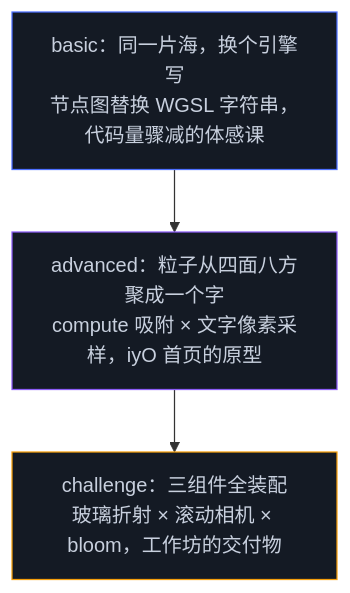
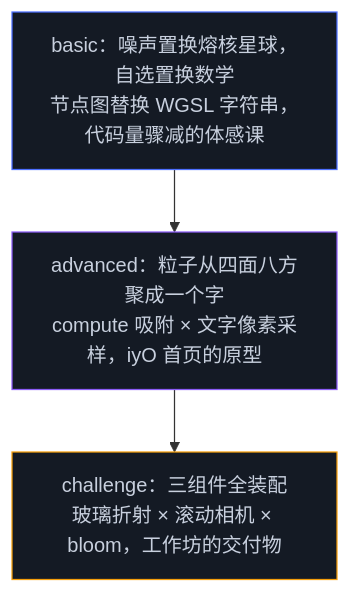
One commit to onlyLucky/LLM_Wiki changed the diagram in learning/前端/webgpu/homework/day3/README.md. Above: the diagram before and after it, drawn with Mermaid. The commit also changed other lines of this file and 141 other files, not shown here.

````diff
--- a/learning/前端/webgpu/homework/day3/README.md
+++ b/learning/前端/webgpu/homework/day3/README.md
@@ -13,10 +13,10 @@
 ```mermaid
 flowchart TD
-    A["basic：同一片海，换个引擎写<br/>节点图替换 WGSL 字符串，代码量骤减的体感课"]
+    A["basic：噪声置换熔核星球，自选置换数学<br/>节点图替换 WGSL 字符串，代码量骤减的体感课"]
     B["advanced：粒子从四面八方聚成一个字<br/>compute 吸附 × 文字像素采样，iyO 首页的原型"]
     C["challenge：三组件全装配<br/>玻璃折射 × 滚动相机 × bloom，工作坊的交付物"]
     A --> B --> C
     style A fill:#141a24,stroke:#4c6fff,color:#c8d0de
     style B fill:#141a24,stroke:#8b5cf6,color:#c8d0de
     style C fill:#141a24,stroke:#f59e0b,color:#c8d0de
 ```
````
